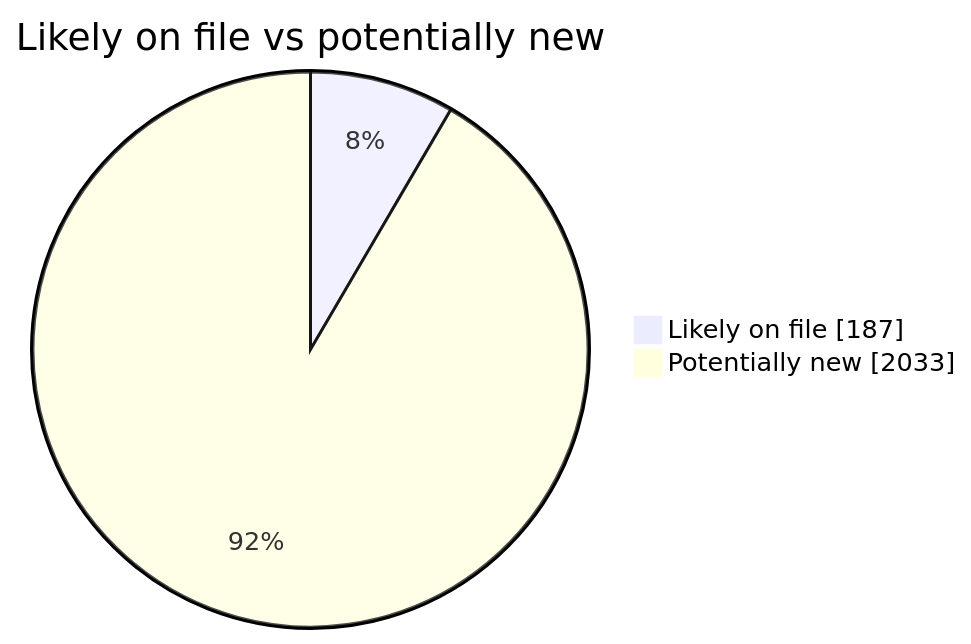
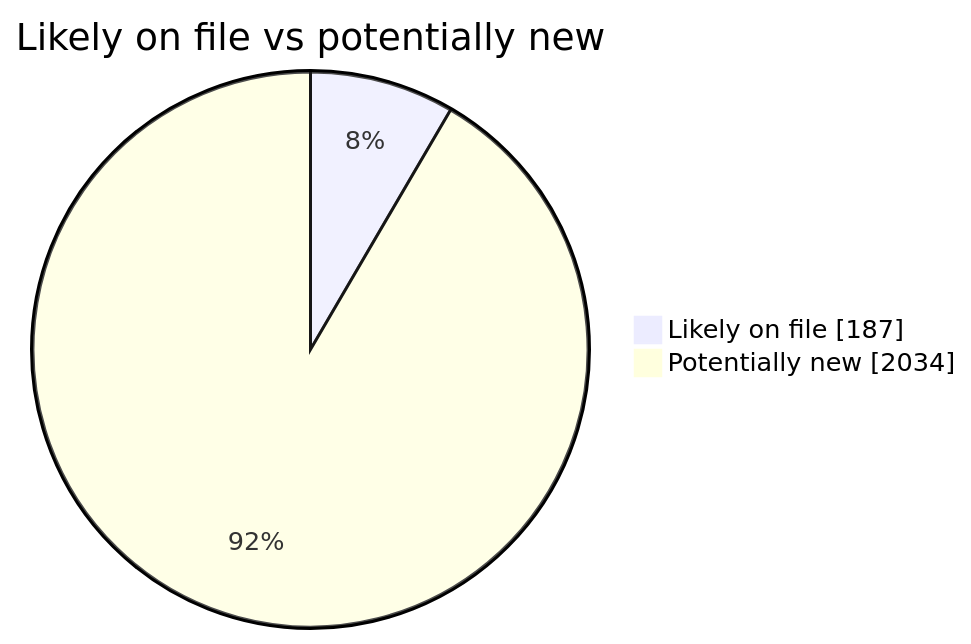
One commit to martinbalfanz/social-scanner-reports changed the second of 4 diagrams in README.md. Above: the diagram before and after it, drawn with Mermaid. The commit also changed other lines of this file and 4 other files, not shown here.

````diff
--- a/README.md
+++ b/README.md
@@ -40,5 +40,5 @@
 ```mermaid
 pie showData title Likely on file vs potentially new
     "Likely on file" : 187
-    "Potentially new" : 2033
+    "Potentially new" : 2034
 ```
````
